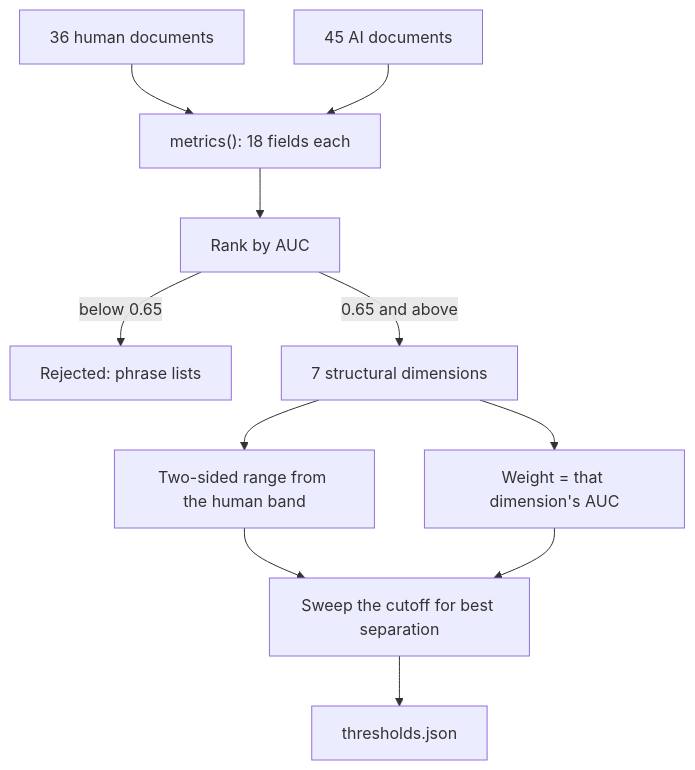
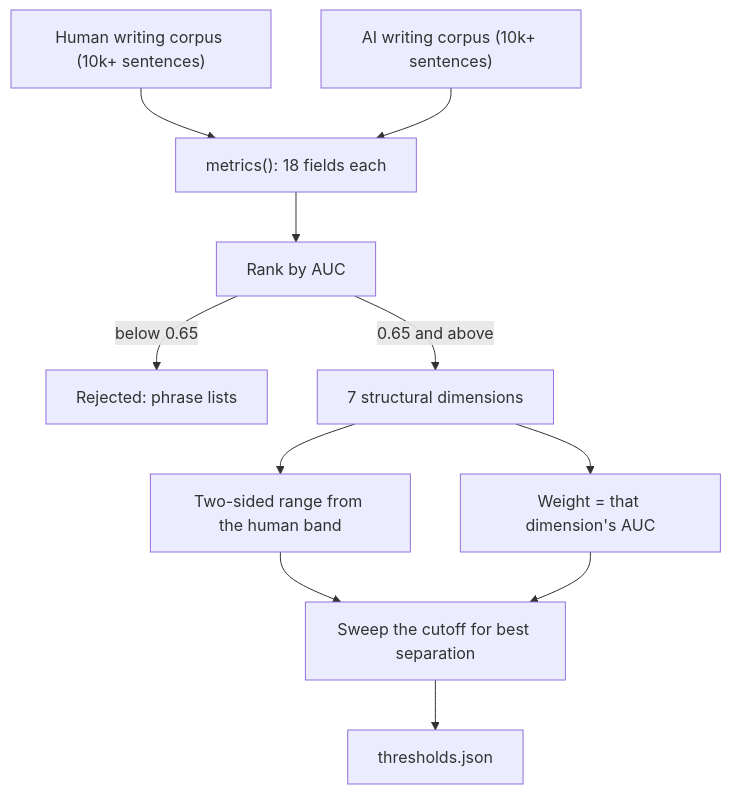
The diagram in docs/calibration.mmd (SadhvikChirunomula/measured-humanizer), drawn with Mermaid before and after one commit. The commit also changed 7 other files, not shown here.

```diff
--- a/docs/calibration.mmd
+++ b/docs/calibration.mmd
@@ -1,11 +1,11 @@
 flowchart TD
-  H["36 human documents"] --> M["metrics(): 18 fields each"]
-  A["45 AI documents"] --> M
+  H["Human writing corpus (10k+ sentences)"] --> M["metrics(): 18 fields each"]
+  A["AI writing corpus (10k+ sentences)"] --> M
   M --> AUC["Rank by AUC"]
   AUC -->|"below 0.65"| DROP["Rejected: phrase lists"]
   AUC -->|"0.65 and above"| KEEP["7 structural dimensions"]
   KEEP --> RANGE["Two-sided range from the human band"]
   KEEP --> W["Weight = that dimension's AUC"]
   RANGE --> SWEEP["Sweep the cutoff for best separation"]
   W --> SWEEP
   SWEEP --> T["thresholds.json"]
```
